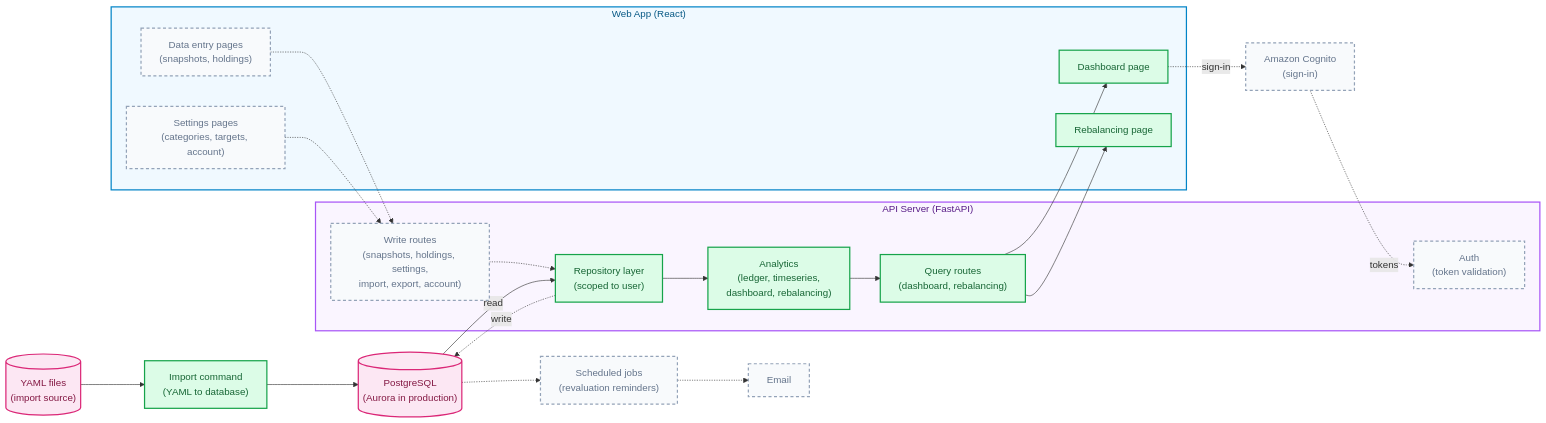
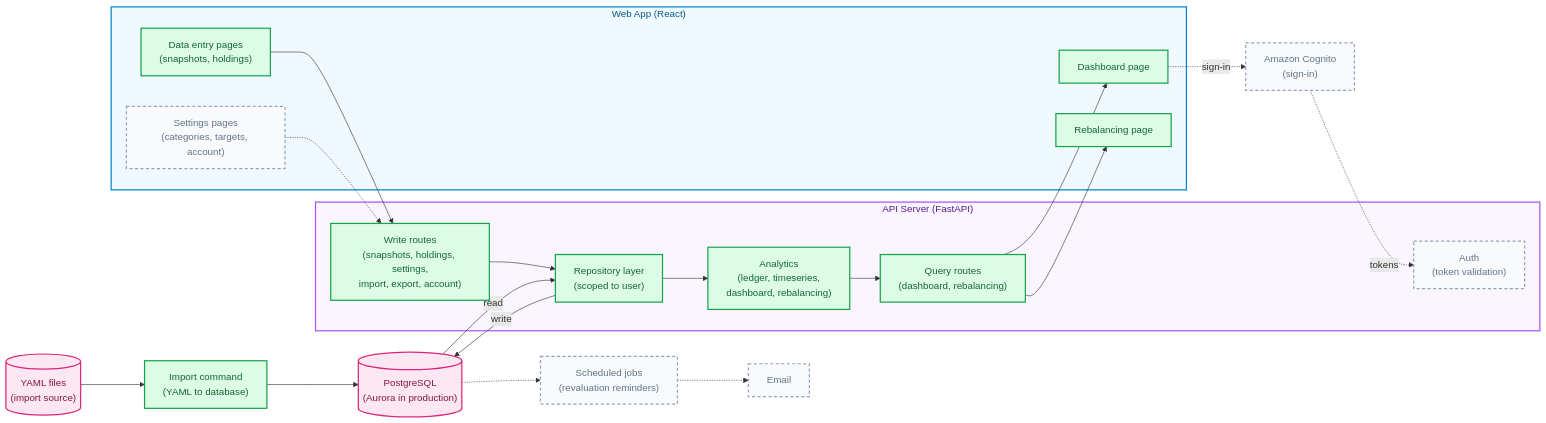
One commit to marcparaira/net-worth-dashboard changed the first of 2 diagrams in docs/architecture/architecture.md. Above: the diagram before and after it, drawn with Mermaid. The commit also changed other lines of this file and 25 other files, not shown here.

````diff
--- a/docs/architecture/architecture.md
+++ b/docs/architecture/architecture.md
@@ -13,54 +13,54 @@
 ```mermaid
 flowchart LR
     FILES[("YAML files<br/>(import source)")]
     DB[("PostgreSQL<br/>(Aurora in production)")]
     CLI["Import command<br/>(YAML to database)"]
     IDP["Amazon Cognito<br/>(sign-in)"]
     JOBS["Scheduled jobs<br/>(revaluation reminders)"]
     EMAIL["Email"]
 
     subgraph API["API Server (FastAPI)"]
         A_REPO["Repository layer<br/>(scoped to user)"]
         A_ANALYTICS["Analytics<br/>(ledger, timeseries,<br/>dashboard, rebalancing)"]
         A_QUERY["Query routes<br/>(dashboard, rebalancing)"]
         A_CMD["Write routes<br/>(snapshots, holdings, settings,<br/>import, export, account)"]
         A_AUTH["Auth<br/>(token validation)"]
     end
 
     subgraph WEB["Web App (React)"]
         P_DASH["Dashboard page"]
         P_REB["Rebalancing page"]
         P_DATA["Data entry pages<br/>(snapshots, holdings)"]
         P_SET["Settings pages<br/>(categories, targets, account)"]
     end
 
     A_ANALYTICS --> A_QUERY
     A_QUERY --> P_DASH
     A_QUERY --> P_REB
 
     DB -->|read| A_REPO
     A_REPO --> A_ANALYTICS
-    P_DATA -.-> A_CMD
+    P_DATA --> A_CMD
     P_SET -.-> A_CMD
-    A_CMD -.-> A_REPO
-    A_REPO -.->|write| DB
+    A_CMD --> A_REPO
+    A_REPO -->|write| DB
 
     FILES --> CLI
     CLI --> DB
 
     P_DASH -.->|"sign-in"| IDP
     IDP -.->|tokens| A_AUTH
 
     DB -.-> JOBS
     JOBS -.-> EMAIL
 
     classDef done fill:#dcfce7,stroke:#16a34a,stroke-width:2px,color:#166534
     classDef planned fill:#f8fafc,stroke:#94a3b8,stroke-width:2px,stroke-dasharray:5 4,color:#64748b
     classDef storage fill:#fce7f3,stroke:#db2777,stroke-width:2px,color:#831843
-    class A_ANALYTICS,A_QUERY,A_REPO,CLI,P_DASH,P_REB done
-    class A_CMD,A_AUTH,P_DATA,P_SET,JOBS,IDP,EMAIL planned
+    class A_ANALYTICS,A_QUERY,A_REPO,A_CMD,CLI,P_DASH,P_REB,P_DATA done
+    class A_AUTH,P_SET,JOBS,IDP,EMAIL planned
     class FILES,DB storage
 
     style API fill:#faf5ff,stroke:#a855f7,stroke-width:2px,color:#581c87
     style WEB fill:#f0f9ff,stroke:#0284c7,stroke-width:2px,color:#075985
 ```
````
